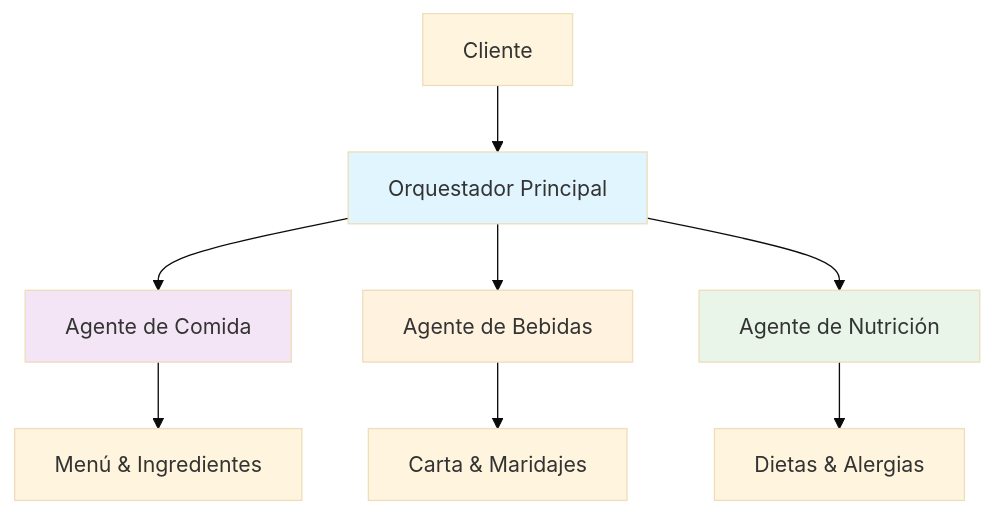
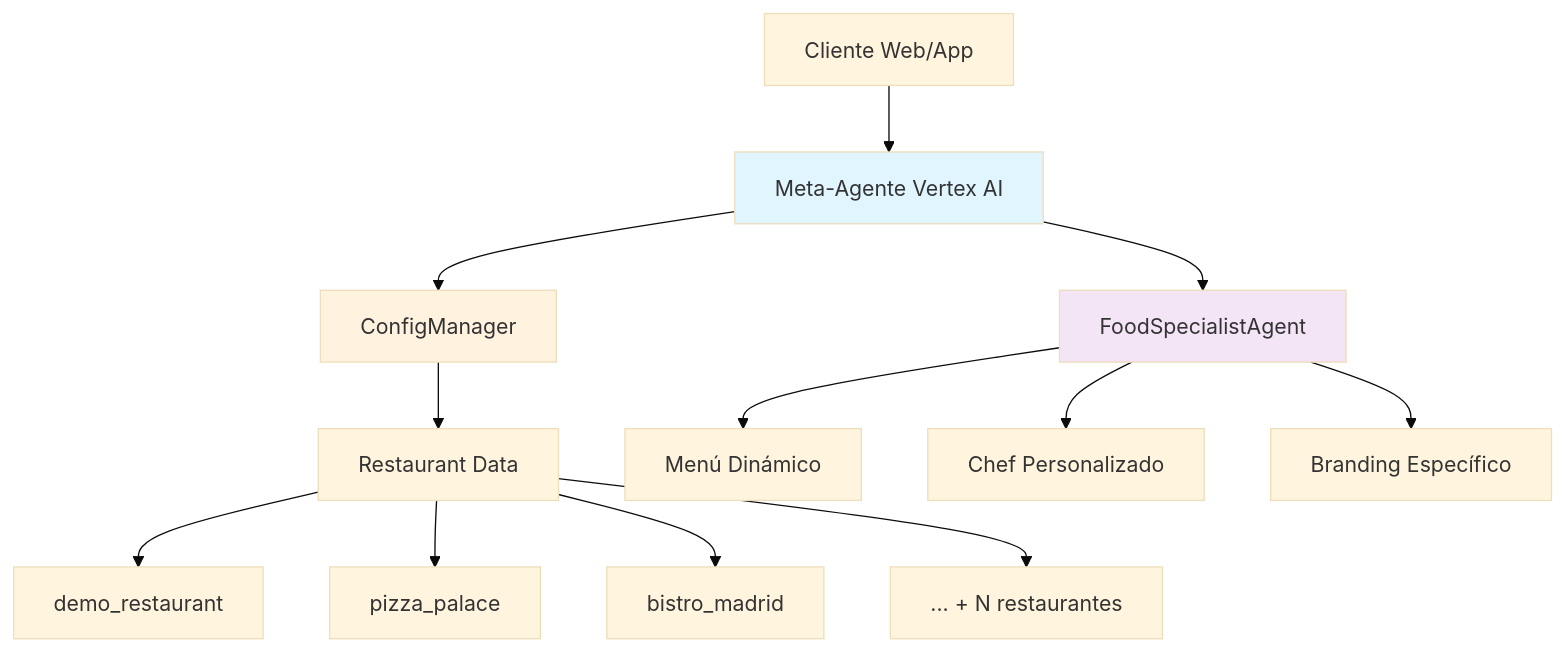
The diagram in restaurant_system/README.md (pedromarquezgomez/scraper), drawn with Mermaid (base theme) before and after one commit. The commit also changed other lines of this file and 144 other files, not shown here.

````diff
--- a/restaurant_system/README.md
+++ b/restaurant_system/README.md
@@ -24,16 +24,20 @@
 ```mermaid
 graph TD
-    A[Cliente] --> B[Orquestador Principal]
-    B --> C[Agente de Comida]
-    B --> D[Agente de Bebidas]
-    B --> E[Agente de Nutrición]
+    A[Cliente Web/App] --> B[Meta-Agente Vertex AI]
+    B --> C[ConfigManager]
+    C --> D[Restaurant Data]
     
-    C --> F[Menú & Ingredientes]
-    D --> G[Carta & Maridajes]
-    E --> H[Dietas & Alergias]
+    B --> E[FoodSpecialistAgent]
+    E --> F[Menú Dinámico]
+    E --> G[Chef Personalizado]
+    E --> H[Branding Específico]
+    
+    D --> I[demo_restaurant]
+    D --> J[pizza_palace] 
+    D --> K[bistro_madrid]
+    D --> L[... + N restaurantes]
     
     style B fill:#e1f5fe
-    style C fill:#f3e5f5
-    style D fill:#fff3e0
-    style E fill:#e8f5e8
+    style E fill:#f3e5f5
+    style C fill:#fff3e0
 ```
````
